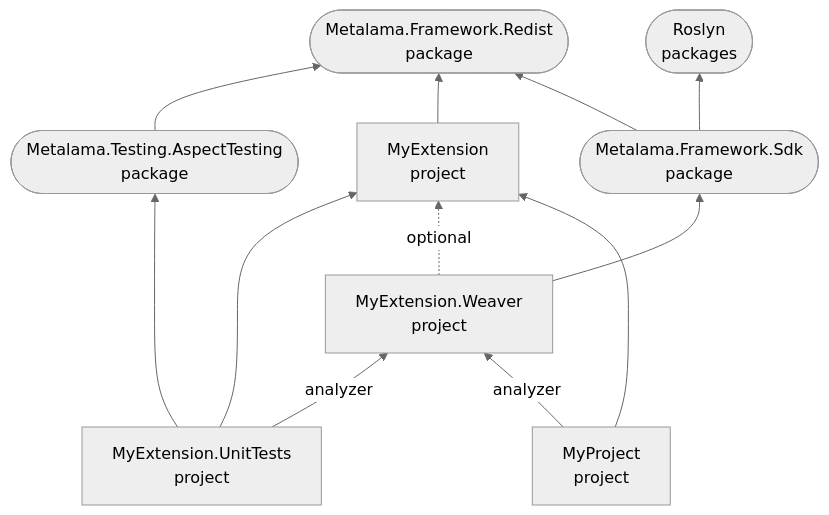
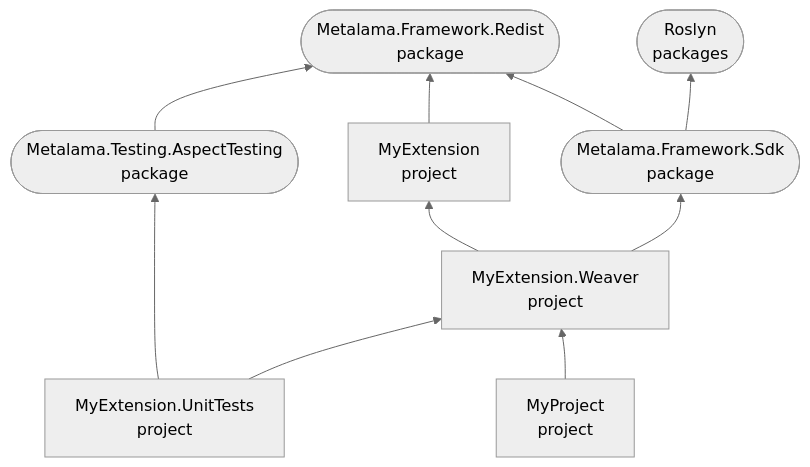
One commit to postsharp/Metalama.Documentation changed the diagram in content/conceptual/sdk/scaffolding.md. Above: the diagram before and after it, drawn with Mermaid (neutral theme). The commit also changed other lines of this file and 1 other file, not shown here.

````diff
--- a/content/conceptual/sdk/scaffolding.md
+++ b/content/conceptual/sdk/scaffolding.md
@@ -19,24 +19,22 @@
 ```mermaid
 graph BT
 
-    MyExtension.UnitTests --> MyExtension
-    MyExtension.UnitTests -- analyzer --> MyExtension.Weaver
+    MyExtension.UnitTests --> MyExtension.Weaver
     MyExtension.UnitTests --> Metalama.Testing.AspectTesting
-    MyExtension.Weaver -. optional .-> MyExtension
+    MyExtension.Weaver --> MyExtension
     MyExtension.Weaver --> Metalama.Framework.Sdk
     Metalama.Framework.Sdk --> Roslyn
     Metalama.Testing.AspectTesting --> Metalama.Framework.Redist
     MyExtension --> Metalama.Framework.Redist
-    MyProject --> MyExtension
-    MyProject -- analyzer --> MyExtension.Weaver
+    MyProject --> MyExtension.Weaver
     Metalama.Framework.Sdk --> Metalama.Framework.Redist
 
     Metalama.Framework.Sdk([Metalama.Framework.Sdk<br/>package])
     Roslyn([Roslyn<br/>packages])
     Metalama.Framework.Redist([Metalama.Framework.Redist<br/>package])
     Metalama.Testing.AspectTesting([Metalama.Testing.AspectTesting<br/>package])
     MyExtension[MyExtension<br/>project]
     MyExtension.Weaver[MyExtension.Weaver<br/>project]
     MyExtension.UnitTests[MyExtension.UnitTests<br/>project]
     MyProject[MyProject<br/>project]
 ```
````
